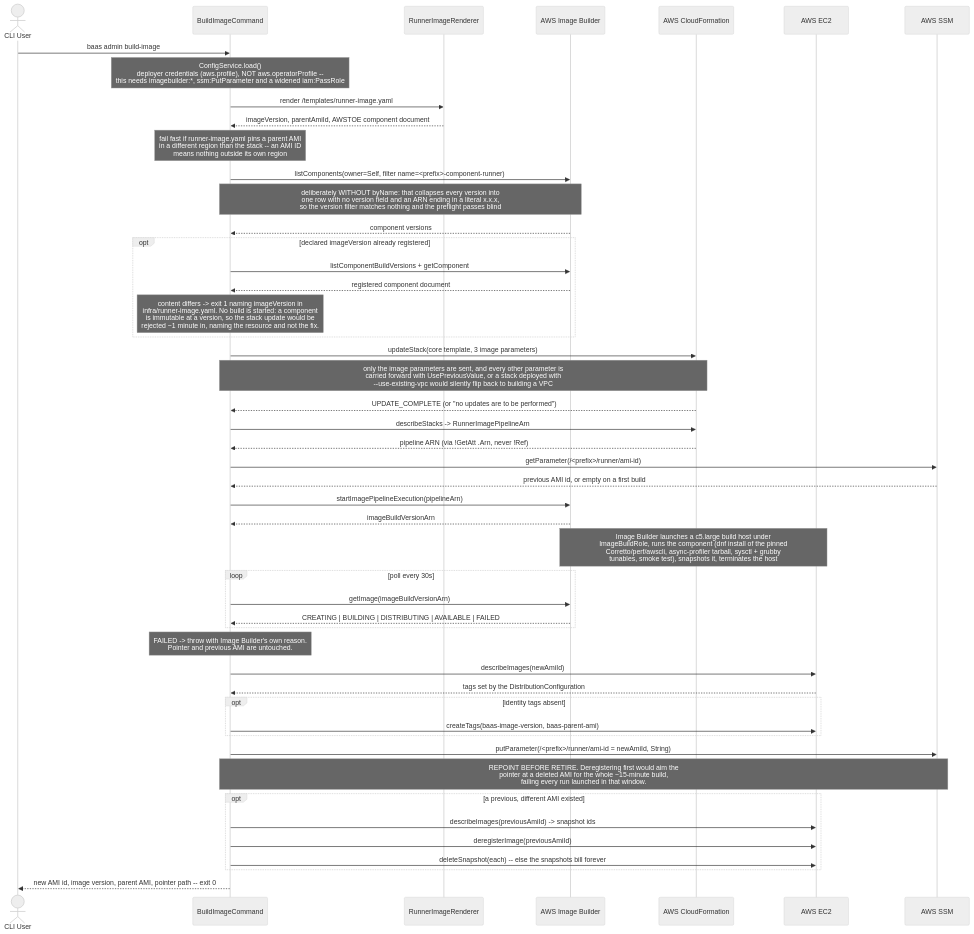
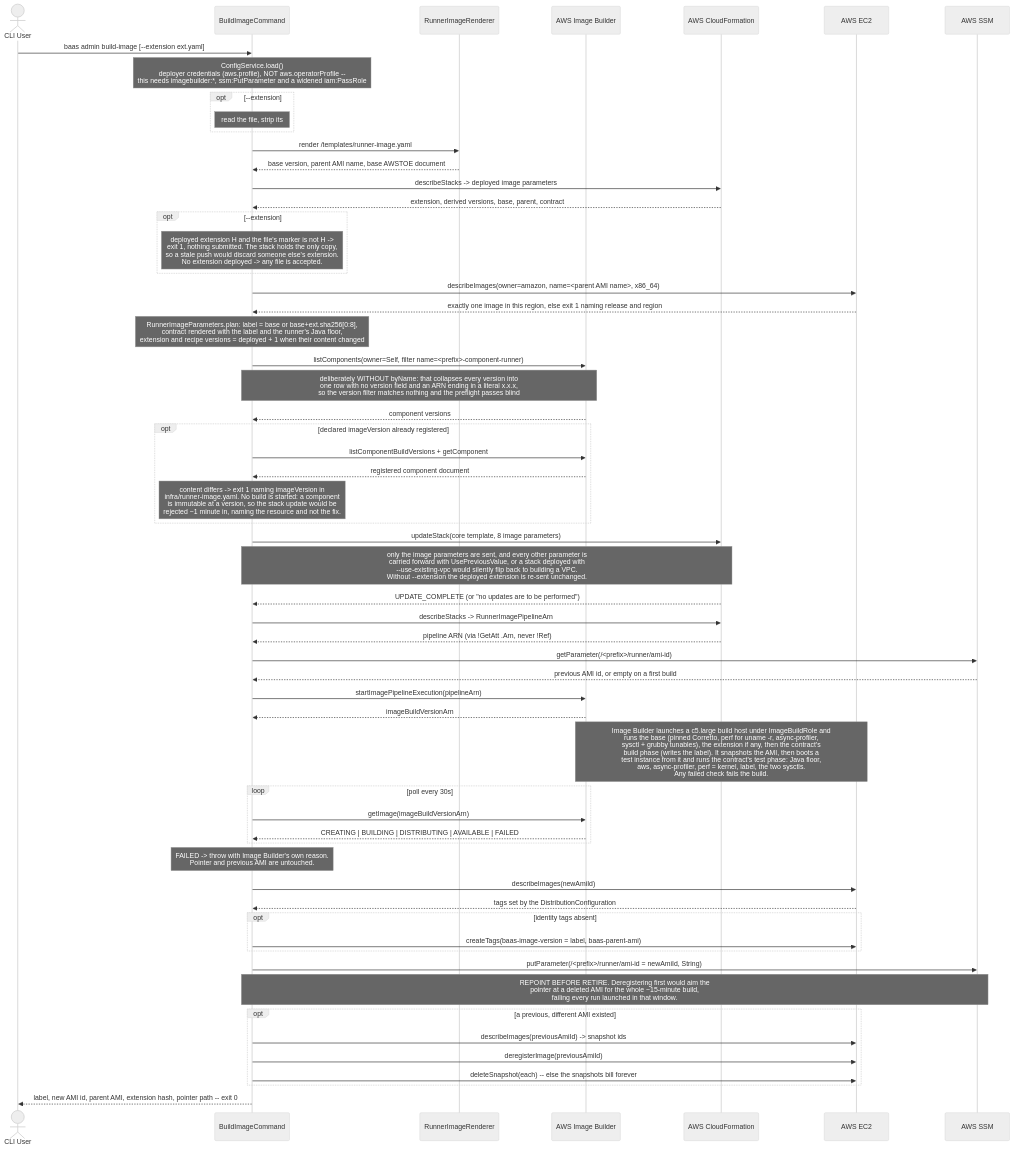
Before and after one commit to wsztajerowski/benchmark-as-a-service: the diagram in docs/diagrams/baas-build-image.mmd, drawn with Mermaid (neutral theme). The commit also changed 42 other files, not shown here.

```diff
--- a/docs/diagrams/baas-build-image.mmd
+++ b/docs/diagrams/baas-build-image.mmd
@@ -1,56 +1,67 @@
 sequenceDiagram
     actor User as CLI User
     participant BIC as BuildImageCommand
     participant RIR as RunnerImageRenderer
     participant IB as AWS Image Builder
     participant CF as AWS CloudFormation
     participant EC2 as AWS EC2
     participant SSM as AWS SSM
 
-    User->>BIC: baas admin build-image
+    User->>BIC: baas admin build-image [--extension ext.yaml]
     Note over BIC: ConfigService.load()<br/>deployer credentials (aws.profile), NOT aws.operatorProfile --<br/>this needs imagebuilder:*, ssm:PutParameter and a widened iam:PassRole
+    opt --extension
+        Note over BIC: read the file, strip its # baas-extension-base marker,<br/>comments only = no extension, over 4096 bytes -> exit 1<br/>before any AWS call
+    end
     BIC->>RIR: render /templates/runner-image.yaml
-    RIR-->>BIC: imageVersion, parentAmiId, AWSTOE component document
-    Note over BIC: fail fast if runner-image.yaml pins a parent AMI<br/>in a different region than the stack -- an AMI ID<br/>means nothing outside its own region
+    RIR-->>BIC: base version, parent AMI name, base AWSTOE document
+
+    BIC->>CF: describeStacks -> deployed image parameters
+    CF-->>BIC: extension, derived versions, base, parent, contract
+    opt --extension
+        Note over BIC: deployed extension H and the file's marker is not H -><br/>exit 1, nothing submitted. The stack holds the only copy,<br/>so a stale push would discard someone else's extension.<br/>No extension deployed -> any file is accepted.
+    end
+    BIC->>EC2: describeImages(owner=amazon, name=<parent AMI name>, x86_64)
+    EC2-->>BIC: exactly one image in this region, else exit 1 naming release and region
+    Note over BIC: RunnerImageParameters.plan: label = base or base+ext.sha256[0:8],<br/>contract rendered with the label and the runner's Java floor,<br/>extension and recipe versions = deployed + 1 when their content changed
 
     BIC->>IB: listComponents(owner=Self, filter name=<prefix>-component-runner)
     Note over BIC,IB: deliberately WITHOUT byName: that collapses every version into<br/>one row with no version field and an ARN ending in a literal x.x.x,<br/>so the version filter matches nothing and the preflight passes blind
     IB-->>BIC: component versions
     opt declared imageVersion already registered
         BIC->>IB: listComponentBuildVersions + getComponent
         IB-->>BIC: registered component document
         Note over BIC: content differs -> exit 1 naming imageVersion in<br/>infra/runner-image.yaml. No build is started: a component<br/>is immutable at a version, so the stack update would be<br/>rejected ~1 minute in, naming the resource and not the fix.
     end
 
-    BIC->>CF: updateStack(core template, 3 image parameters)
-    Note over BIC,CF: only the image parameters are sent, and every other parameter is<br/>carried forward with UsePreviousValue, or a stack deployed with<br/>--use-existing-vpc would silently flip back to building a VPC
+    BIC->>CF: updateStack(core template, 8 image parameters)
+    Note over BIC,CF: only the image parameters are sent, and every other parameter is<br/>carried forward with UsePreviousValue, or a stack deployed with<br/>--use-existing-vpc would silently flip back to building a VPC.<br/>Without --extension the deployed extension is re-sent unchanged.
     CF-->>BIC: UPDATE_COMPLETE (or "no updates are to be performed")
     BIC->>CF: describeStacks -> RunnerImagePipelineArn
     CF-->>BIC: pipeline ARN (via !GetAtt .Arn, never !Ref)
 
     BIC->>SSM: getParameter(/<prefix>/runner/ami-id)
     SSM-->>BIC: previous AMI id, or empty on a first build
 
     BIC->>IB: startImagePipelineExecution(pipelineArn)
     IB-->>BIC: imageBuildVersionArn
-    Note over IB,EC2: Image Builder launches a c5.large build host under<br/>ImageBuildRole, runs the component (dnf install of the pinned<br/>Corretto/perf/awscli, async-profiler tarball, sysctl + grubby<br/>tunables, smoke test), snapshots it, terminates the host
+    Note over IB,EC2: Image Builder launches a c5.large build host under ImageBuildRole and<br/>runs the base (pinned Corretto, perf for uname -r, async-profiler,<br/>sysctl + grubby tunables), the extension if any, then the contract's<br/>build phase (writes the label). It snapshots the AMI, then boots a<br/>test instance from it and runs the contract's test phase: Java floor,<br/>aws, async-profiler, perf = kernel, label, the two sysctls.<br/>Any failed check fails the build.
     loop poll every 30s
         BIC->>IB: getImage(imageBuildVersionArn)
         IB-->>BIC: CREATING | BUILDING | DISTRIBUTING | AVAILABLE | FAILED
     end
     Note over BIC: FAILED -> throw with Image Builder's own reason.<br/>Pointer and previous AMI are untouched.
 
     BIC->>EC2: describeImages(newAmiId)
     EC2-->>BIC: tags set by the DistributionConfiguration
     opt identity tags absent
-        BIC->>EC2: createTags(baas-image-version, baas-parent-ami)
+        BIC->>EC2: createTags(baas-image-version = label, baas-parent-ami)
     end
 
     BIC->>SSM: putParameter(/<prefix>/runner/ami-id = newAmiId, String)
     Note over BIC,SSM: REPOINT BEFORE RETIRE. Deregistering first would aim the<br/>pointer at a deleted AMI for the whole ~15-minute build,<br/>failing every run launched in that window.
     opt a previous, different AMI existed
         BIC->>EC2: describeImages(previousAmiId) -> snapshot ids
         BIC->>EC2: deregisterImage(previousAmiId)
         BIC->>EC2: deleteSnapshot(each) -- else the snapshots bill forever
     end
-    BIC-->>User: new AMI id, image version, parent AMI, pointer path -- exit 0
+    BIC-->>User: label, new AMI id, parent AMI, extension hash, pointer path -- exit 0
```
